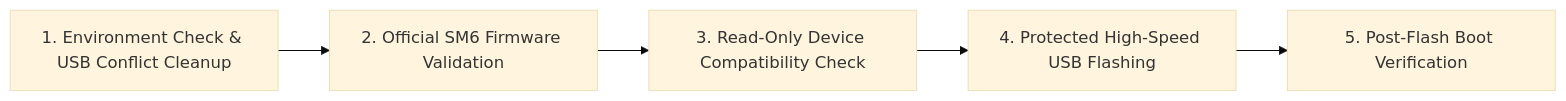
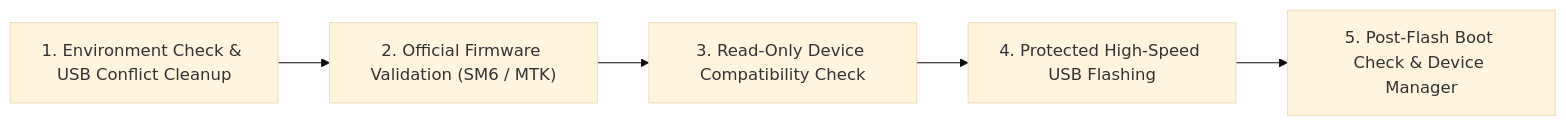
Before and after one commit to SUNTEK-Official/suntek-mtk-flash-studio: the diagram in README.md, drawn with Mermaid (base theme). The commit also changed other lines of this file and 1 other file, not shown here.

Commit message:
docs(readme): rebrand repository to SUNTEK MTK Flash Studio v2.1.0

````diff
--- a/README.md
+++ b/README.md
@@ -43,7 +43,7 @@
 ```mermaid
 flowchart LR
-    S1["1. Environment Check & USB Conflict Cleanup"] --> S2["2. Official SM6 Firmware Validation"]
+    S1["1. Environment Check & USB Conflict Cleanup"] --> S2["2. Official Firmware Validation (SM6 / MTK)"]
     S2 --> S3["3. Read-Only Device Compatibility Check"]
     S3 --> S4["4. Protected High-Speed USB Flashing"]
-    S4 --> S5["5. Post-Flash Boot Verification"]
+    S4 --> S5["5. Post-Flash Boot Check & Device Manager"]
 ```
````
